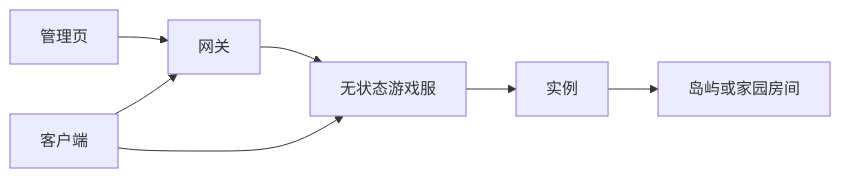
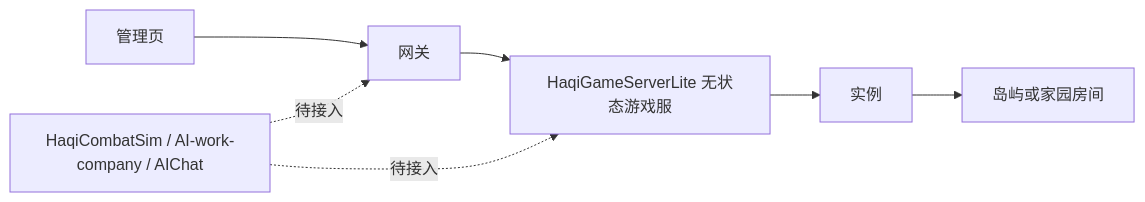
One commit to LiXizhi/HaqiWebTools changed the first of 59 diagrams in HaqiCombatSim/docs/architecture.md. Above: the diagram before and after it, drawn with Mermaid. The commit also changed other lines of this file and 21 other files, not shown here.

Commit message:
Move shared presence server to HaqiGameServerLite

````diff
--- a/HaqiCombatSim/docs/architecture.md
+++ b/HaqiCombatSim/docs/architecture.md
@@ -5,9 +7,9 @@
 ```mermaid
 flowchart LR
     Admin[管理页] --> Gateway[网关]
-    Clients[客户端] --> Gateway
-    Clients --> Game[无状态游戏服]
+    Clients[HaqiCombatSim / AI-work-company / AIChat] -. 待接入 .-> Gateway
+    Clients -. 待接入 .-> Game[HaqiGameServerLite 无状态游戏服]
     Gateway --> Game
     Game --> Instance[实例]
     Instance --> Room[岛屿或家园房间]
 ```
````
